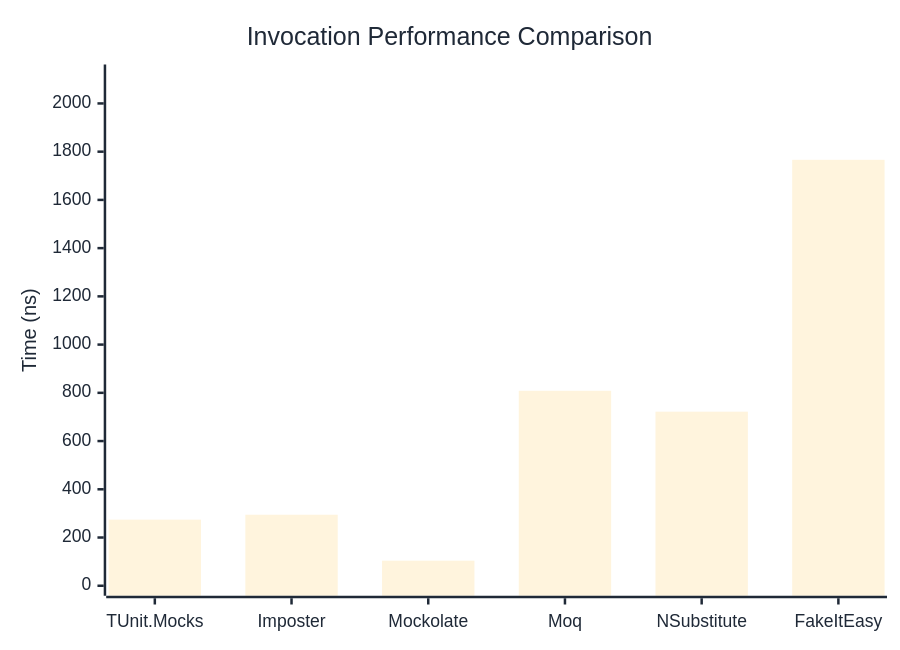
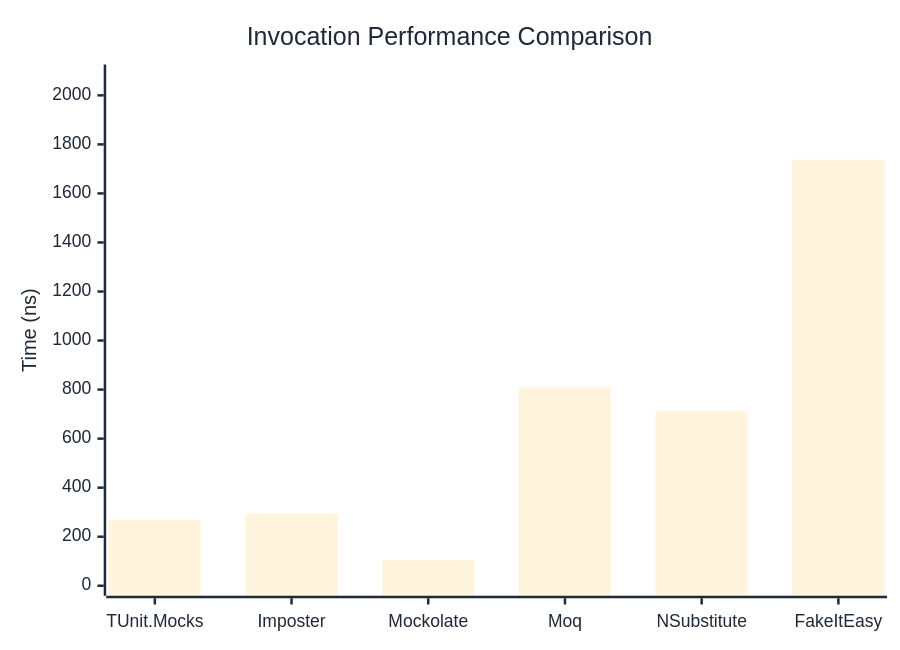
The first of 3 diagrams in docs/docs/benchmarks/mocks/Invocation.md (thomhurst/TUnit), drawn with Mermaid before and after one commit. The commit also changed other lines of this file and 14 other files, not shown here.

````diff
--- a/docs/docs/benchmarks/mocks/Invocation.md
+++ b/docs/docs/benchmarks/mocks/Invocation.md
@@ -30,27 +30,27 @@
 ```mermaid
 %%{init: {
   'theme':'base',
   'themeVariables': {
     'primaryColor': '#2563eb',
     'primaryTextColor': '#1f2937',
     'primaryBorderColor': '#1e40af',
     'lineColor': '#6b7280',
     'secondaryColor': '#7c3aed',
     'tertiaryColor': '#dc2626',
     'background': '#ffffff',
     'pie1': '#2563eb',
     'pie2': '#7c3aed',
     'pie3': '#dc2626',
     'pie4': '#f59e0b',
     'pie5': '#10b981',
     'pie6': '#06b6d4',
     'pie7': '#ec4899',
     'pie8': '#6366f1'
   }
 }}%%
 xychart-beta
   title "Invocation Performance Comparison"
   x-axis ["TUnit.Mocks", "Imposter", "Mockolate", "Moq", "NSubstitute", "FakeItEasy"]
-  y-axis "Time (ns)" 0 --> 2120
-  bar [274.12, 294.47, 103.93, 808.49, 721.88, 1766.24]
+  y-axis "Time (ns)" 0 --> 2085
+  bar [270.04, 293.35, 104.17, 808.61, 712.45, 1737.35]
 ```
````
